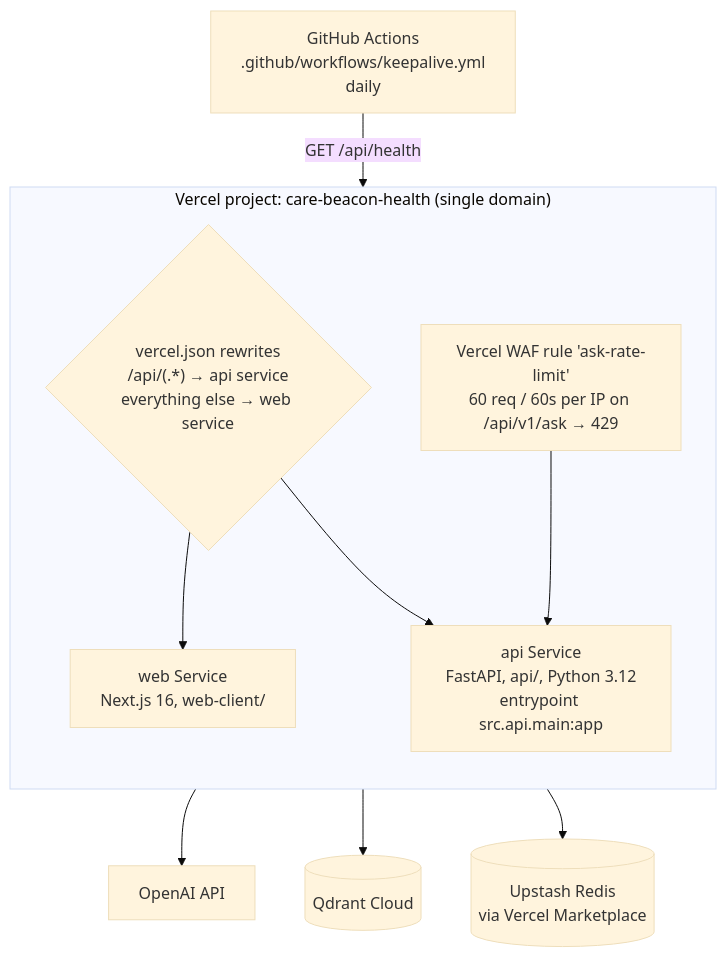
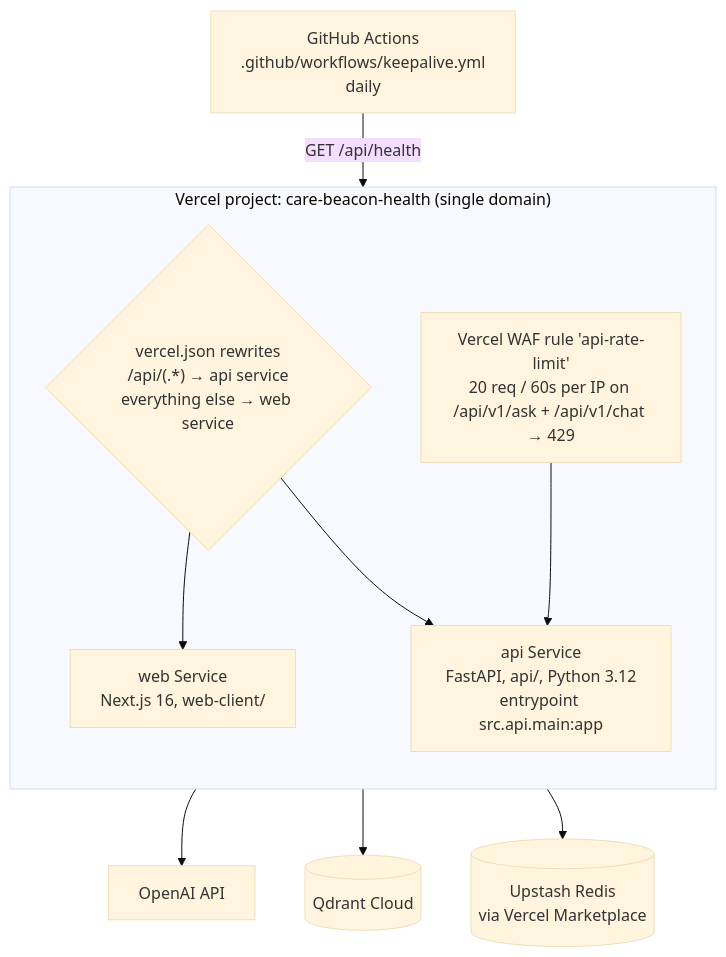
Before and after one commit to kamlau024/Care-Beacon: the sixth of 6 diagrams in docs/ARCHITECTURE.md, drawn with Mermaid (base theme). The commit also changed other lines of this file and 9 other files, not shown here.

First line of the commit message:
fix(web): friendly message for the firewall rate limit; docs: one shared rate-limit rule

````diff
--- a/docs/ARCHITECTURE.md
+++ b/docs/ARCHITECTURE.md
@@ -265,19 +265,19 @@
 ```mermaid
 flowchart TB
     subgraph Vercel["Vercel project: care-beacon-health (single domain)"]
         direction TB
         ROUTE{"vercel.json rewrites<br/>/api/(.*) → api service<br/>everything else → web service"}
         WEBSVC["web Service<br/>Next.js 16, web-client/"]
         APISVC["api Service<br/>FastAPI, api/, Python 3.12<br/>entrypoint src.api.main:app"]
-        WAF["Vercel WAF rule 'ask-rate-limit'<br/>60 req / 60s per IP on /api/v1/ask → 429"]
+        WAF["Vercel WAF rule 'api-rate-limit'<br/>20 req / 60s per IP on /api/v1/ask + /api/v1/chat → 429"]
     end
     ROUTE --> WEBSVC
     ROUTE --> APISVC
     WAF --> APISVC
 
     APISVC --> OPENAI[OpenAI API]
     APISVC --> QDRANT[(Qdrant Cloud)]
     APISVC --> REDIS[(Upstash Redis<br/>via Vercel Marketplace)]
 
     GHA["GitHub Actions<br/>.github/workflows/keepalive.yml<br/>daily"] -->|GET /api/health| APISVC
 ```
````
